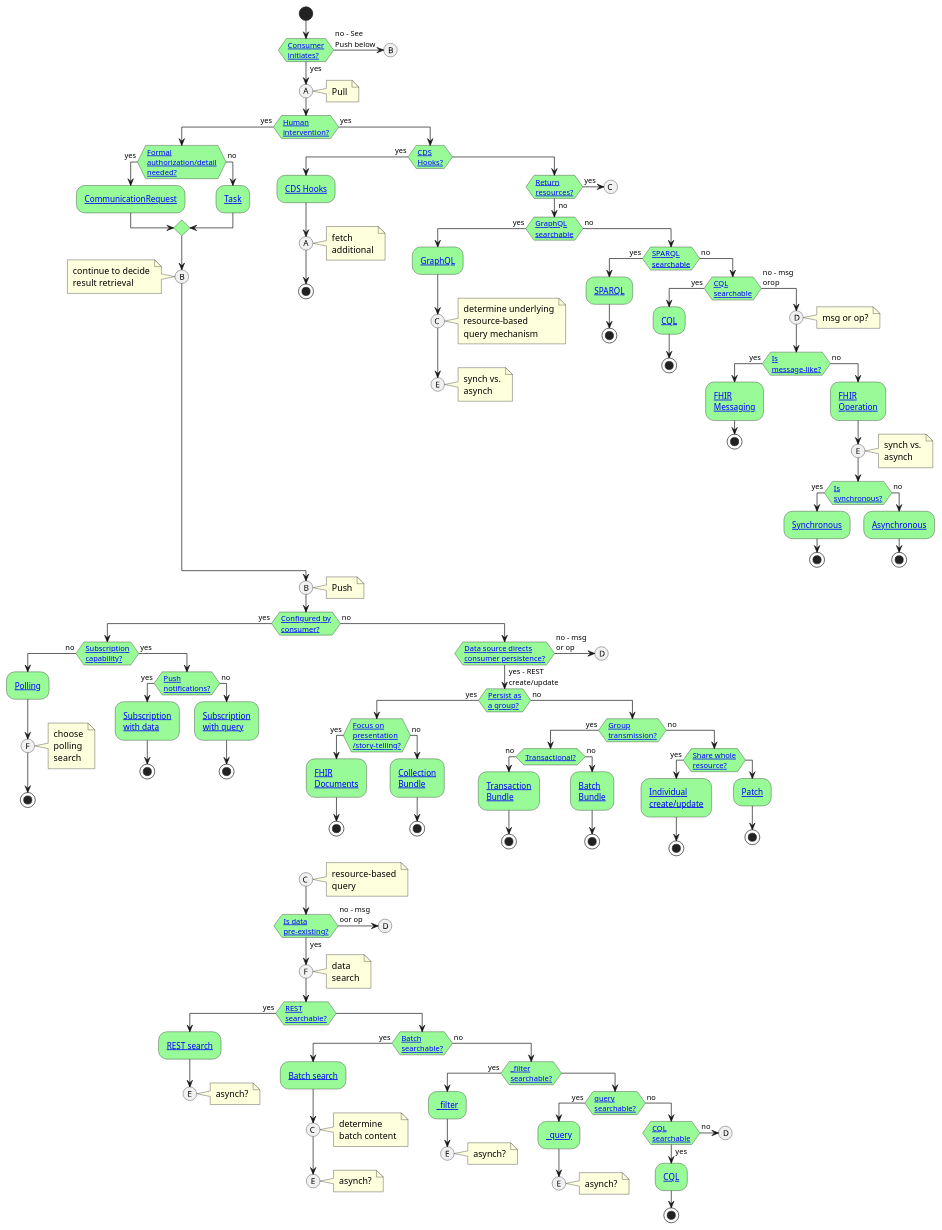
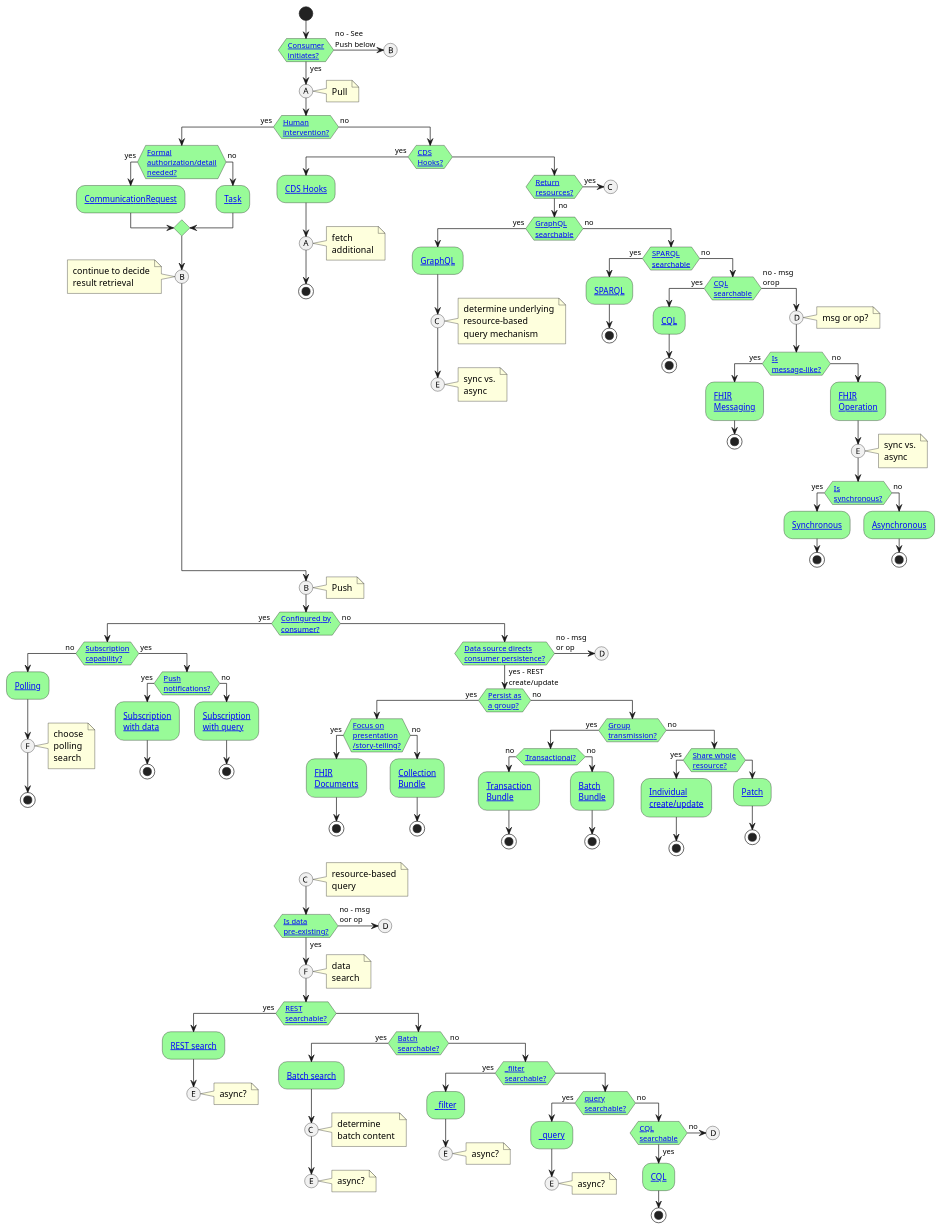
Before and after one commit to HL7/davinci-ehrx: the diagram in input/images-source/fhir-exchanges.plantuml, drawn with PlantUML. The commit also changed 34 other files, not shown here.

Commit message:
Added additional diagrams and text on exchanging

```diff
--- a/input/images-source/fhir-exchanges.plantuml
+++ b/input/images-source/fhir-exchanges.plantuml
@@ -1,169 +1,169 @@
 @startuml
 skinparam padding 2
 skinparam activityBackgroundColor palegreen
 
 start
 if ([[#pull Consumer\ninitiates?]]) then (yes)
   (A)
   note right:Pull
   if ([[#human Human\nintervention?]]) then (yes)
     if ([[#formal Formal\nauthorization/detail\nneeded?]]) then (yes)
       :[[exchanging-request.html#request CommunicationRequest]];
     else (no)
       :[[exchanging-request.html#task Task]];
     endif
     (B)
     note
       continue to decide
       result retrieval
     end note
-  else (yes)
+  else (no)
     if ([[#hooks CDS\nHooks?]]) then (yes)
       :[[https://cds-hooks.hl7.org CDS Hooks]];
 	  (A)
 	  note right:fetch\nadditional
 	  stop
     else
       if ([[#resources Return\nresources?]]) then (yes)
         (C)
       else (no)
         if ([[#graphql GraphQL\nsearchable]]) then (yes)
           :[[exchanging-search.html#graphql GraphQL]];
           (C)
           note right:determine underlying\nresource-based\nquery mechanism
           (E)
-          note right:synch vs.\nasynch
+          note right:sync vs.\nasync
           detach
         else (no)
           if ([[#sparql SPARQL\nsearchable]]) then (yes)
             :[[exchanging-search.html#sparql SPARQL]];
             stop
           else (no)
             if ([[#cql CQL\nsearchable]]) then (yes)
               :[[exchanging-search.html#cql CQL]];
               stop
 			else (no - msg\norop)
               (D)
               note right:msg or op?
               if ([[#message Is\nmessage-like?]]) then (yes)
                 :[[exchanging-messaging.html FHIR\nMessaging]];
                 stop
               else (no)
                 :[[exchanging-operation.html FHIR\nOperation]];
                 (E)
-                note right:synch vs.\nasynch
+                note right:sync vs.\nasync
                 if ([[#synchronous Is\nsynchronous?]]) then (yes)
-                  :[[exchanging-search.html#synch Synchronous]];
+                  :[[exchanging-search.html#sync Synchronous]];
                   stop
                 else (no)
-                  :[[exchanging-search.html#asynch Asynchronous]];
+                  :[[exchanging-search.html#async Asynchronous]];
                   stop
                 endif
               endif
             endif
           endif
         endif
       endif
     endif
   endif
 else (no - See\nPush below)
   (B)
 endif
 (B)
 note right:Push
   if ([[#configured Configured by\nconsumer?]]) then (yes)
     if ([[#subscription Subscription\ncapability?]]) then (no)
       :[[exchanging-polling.html Polling]];
 	  (F)
 	  note right:choose\npolling\nsearch
       stop
     else (yes)
       if ([[#subscription-push Push\nnotifications?]]) then (yes)
         :[[exchanging-subscription.html#push Subscription\nwith data]];
         stop
       else (no)
         :[[exchanging-subscription.html#pull Subscription\nwith query]];
         stop
       endif
     endif
   else (no)
     if ([[#source-persist Data source directs\nconsumer persistence?]]) then (yes - REST\ncreate/update)
       if ([[#group-store Persist as\na group?]]) then (yes)
         if ([[#story Focus on\npresentation\n/story-telling?]]) then (yes)
           :[[exchanging-rest.html#document FHIR\nDocuments]];
           stop
         else (no)
           :[[exchanging-rest.html#collection Collection\nBundle]];
           stop
         endif
       else (no)
         if ([[#group-transmit Group\ntransmission?]]) then (yes)
           if ([[#transaction Transactional?]]) then (no)
             :[[exchanging-rest.html#transaction Transaction\nBundle]];
             stop
           else (no)
             :[[exchanging-rest.html#batch Batch\nBundle]];
             stop
           endif
         else (no)
 		  if ([[#resources Share whole\nresource?]]) then (yes)
             :[[exchanging-rest.html#rest Individual\ncreate/update]];
             stop
           else
             :[[exchanging-rest.html#patch Patch]];
             stop
           endif
         endif
       endif
     else (no - msg\nor op)
       (D)
       detach
     endif
   endif
 (C)
 note right:resource-based\nquery
   if ([[#pre-exists Is data\npre-existing?]]) then (yes)
     (F)
 	note right:data\nsearch
     if ([[#rest-search REST\nsearchable?]]) then (yes)
       :[[exchanging-search.html#search REST search]];
       (E)
-      note right:asynch?
+      note right:async?
 	  detach
     else
       if ([[#search-batch Batch\nsearchable?]]) then (yes)
         :[[exchanging-search.html#batch Batch search]];
         (C)
         note right:determine\nbatch content
         (E)
-        note right:asynch?
+        note right:async?
         detach
       else (no)
         if ([[#filter _filter\nsearchable?]]) then (yes)
           :[[exchanging-search.html#filter _filter]];
           (E)
-          note right:asynch?
+          note right:async?
           detach
         else
           if ([[#query query\nsearchable?]]) then (yes)
             :[[exchanging-search.html#query _query]];
             (E)
-            note right:asynch?
+            note right:async?
             detach
           else (no)
             if ([[#cql CQL\nsearchable]]) then (yes)
               :[[exchanging-search.html#cql CQL]];
               stop
             else (no)
               (D)
               detach
             endif
           endif
         endif
       endif
     endif
   else (no - msg\noor op)
     (D)
   endif
   
 @enduml
```
